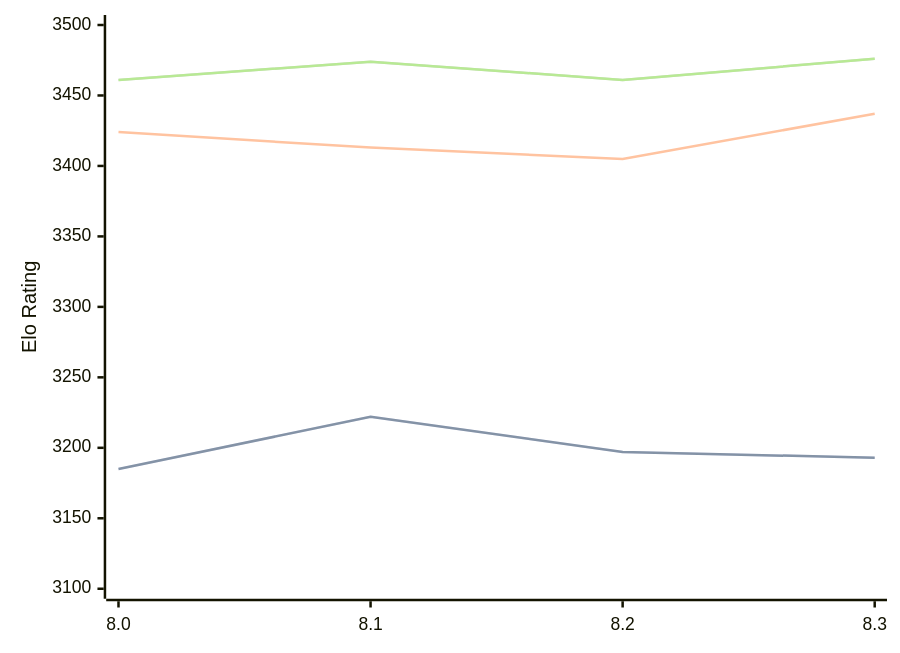
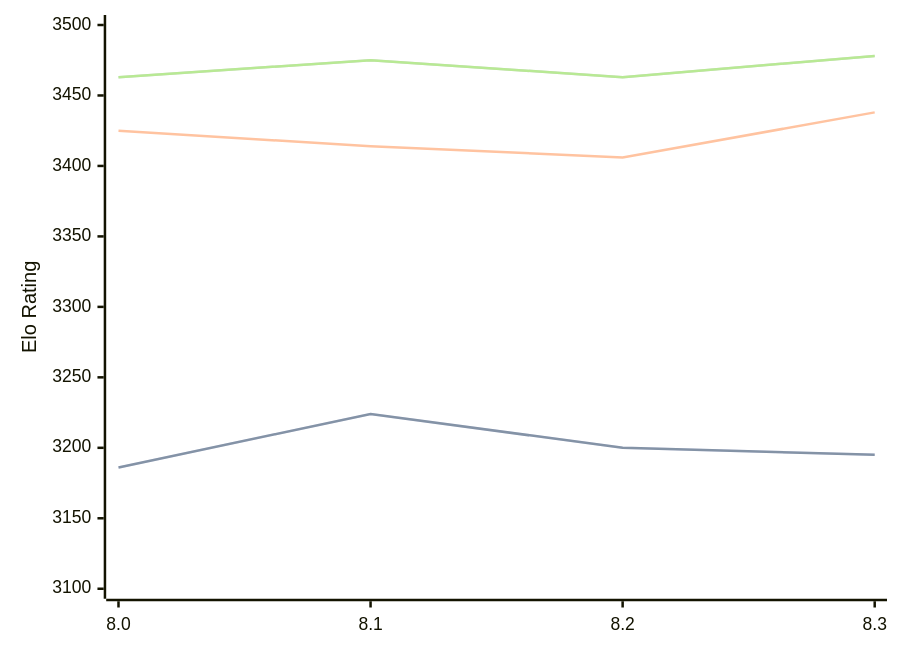
One commit to computer-chess-index/cci changed the diagram in engines/Alexander.md. Above: the diagram before and after it, drawn with Mermaid. The commit also changed other lines of this file, not shown here.

Commit message:
Update CCI Ratings (ELO VLTC) - 2026-05-06

````diff
--- a/engines/Alexander.md
+++ b/engines/Alexander.md
@@ -48,11 +48,11 @@
 ```mermaid
 %%{init: {"theme":"base","themeVariables":{"seriesColors:['#a3a3a3','#222221','#faa371']}}}%%
 xychart-beta
   x-axis ["8.0", "8.1", "8.2", "8.3"]
   y-axis "Elo Rating" 3100 --> 3500
-  line "STC (8.0+0.08s)" [3185, 3222, 3197, 3193]
-  line "STC (8.0+0.08s)" [3185, 3222, 3197, 3193]
-  line "LTC (60.0+0.60s)" [3424, 3413, 3405, 3437]
-  line "VLTC (2m24s+1.12s)" [3461, 3474, 3461, 3476]
-  line "VLTC (2m24s+1.12s)" [3461, 3474, 3461, 3476]
+  line "STC (8.0+0.08s)" [3186, 3224, 3200, 3195]
+  line "STC (8.0+0.08s)" [3186, 3224, 3200, 3195]
+  line "LTC (60.0+0.60s)" [3425, 3414, 3406, 3438]
+  line "VLTC (2m24s+1.12s)" [3463, 3475, 3463, 3478]
+  line "VLTC (2m24s+1.12s)" [3463, 3475, 3463, 3478]
 ```
````
